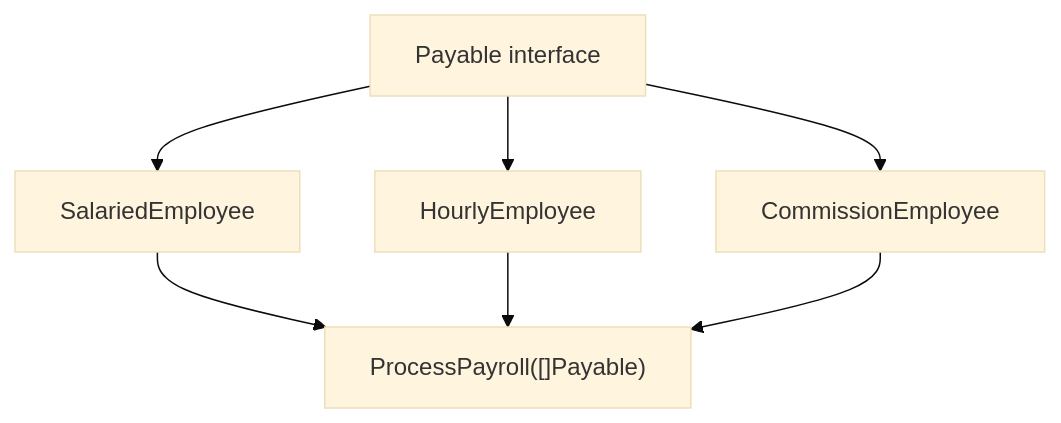
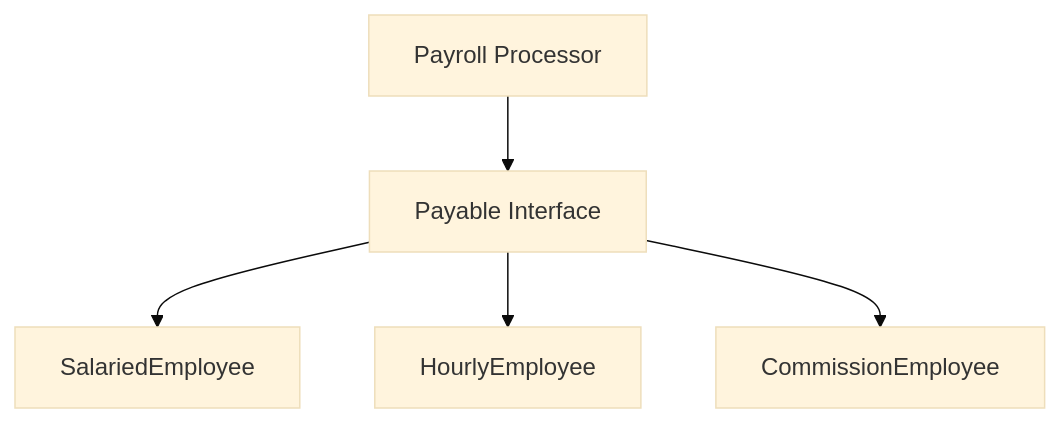
Before and after one commit to rasel9t6/the-go-engineer: the diagram in 04-types-design/10-payroll-processor/README.md, drawn with Mermaid (base theme). The commit also changed other lines of this file and 84 other files, not shown here.

````diff
--- a/04-types-design/10-payroll-processor/README.md
+++ b/04-types-design/10-payroll-processor/README.md
@@ -23,9 +21,7 @@
 ```mermaid
 graph TD
-    A["Payable interface"] --> B["SalariedEmployee"]
-    A --> C["HourlyEmployee"]
-    A --> D["CommissionEmployee"]
-    B --> E["ProcessPayroll([]Payable)"]
-    C --> E
-    D --> E
+    A[Payroll Processor] --> B[Payable Interface]
+    B --> C[SalariedEmployee]
+    B --> D[HourlyEmployee]
+    B --> E[CommissionEmployee]
 ```
````
